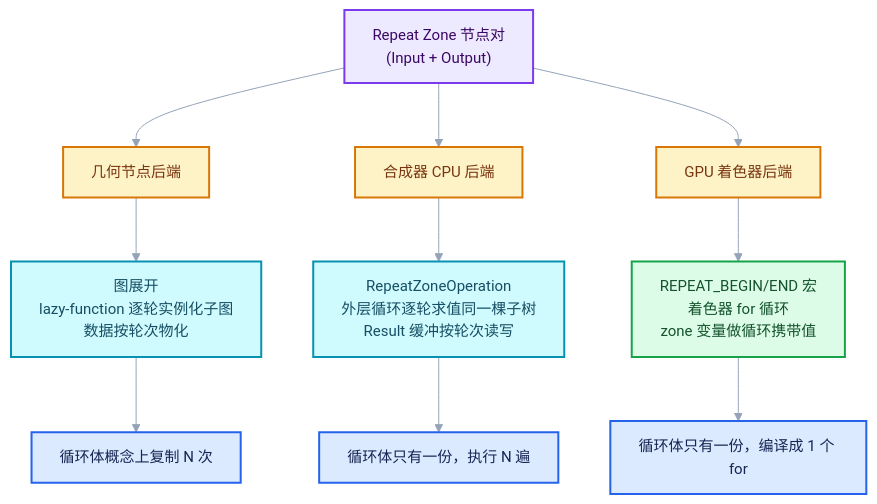
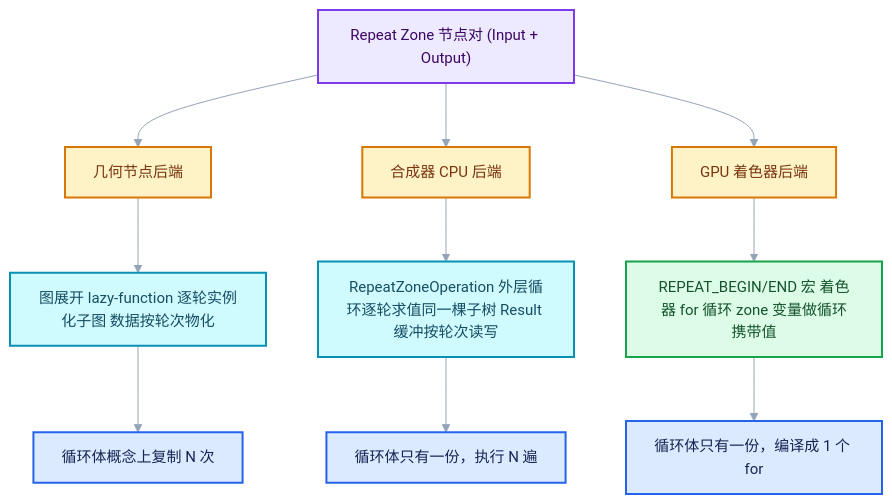
The first of 4 diagrams in 杂/markdown/重复区域-dsh/05-跨后端实现/02-GPU着色器与GPU_stack_link_zone.md (yunkezengren/blender-.vscode), drawn with Mermaid before and after one commit. The commit also changed other lines of this file and 27 other files, not shown here.

````diff
--- a/杂/markdown/重复区域-dsh/05-跨后端实现/02-GPU着色器与GPU_stack_link_zone.md
+++ b/杂/markdown/重复区域-dsh/05-跨后端实现/02-GPU着色器与GPU_stack_link_zone.md
@@ -46,24 +46,24 @@
 ```mermaid
 %%{init: {"theme":"base","themeVariables":{"fontFamily":"\"Segoe UI\",\"Microsoft YaHei\",sans-serif","fontSize":"15px","lineColor":"#94A3B8","edgeLabelBackground":"#FFFFFF","clusterBkg":"#F8FAFC","clusterBorder":"#CBD5E1"},"flowchart":{"htmlLabels":false,"curve":"basis","nodeSpacing":52,"rankSpacing":64,"padding":14,"diagramPadding":16,"useMaxWidth":true},"sequence":{"useMaxWidth":true,"wrap":true,"mirrorActors":false,"messageMargin":36}}}%%
 flowchart TD
-    TZ["Repeat Zone 节点对<br/>(Input + Output)"]:::abstraction
+    TZ["Repeat Zone 节点对 (Input + Output)"]:::abstraction
 
     TZ --> GEO["几何节点后端"]:::compute
     TZ --> COMP["合成器 CPU 后端"]:::compute
     TZ --> GPU["GPU 着色器后端"]:::compute
 
-    GEO --> G1["图展开<br/>lazy-function 逐轮实例化子图<br/>数据按轮次物化"]:::data
-    COMP --> C1["RepeatZoneOperation<br/>外层循环逐轮求值同一棵子树<br/>Result 缓冲按轮次读写"]:::data
-    GPU --> S1["REPEAT_BEGIN/END 宏<br/>着色器 for 循环<br/>zone 变量做循环携带值"]:::result
+    GEO --> G1["图展开 lazy-function 逐轮实例化子图 数据按轮次物化"]:::data
+    COMP --> C1["RepeatZoneOperation 外层循环逐轮求值同一棵子树 Result 缓冲按轮次读写"]:::data
+    GPU --> S1["REPEAT_BEGIN/END 宏 着色器 for 循环 zone 变量做循环携带值"]:::result
 
     G1 --> NOTE1["循环体概念上复制 N 次"]:::input
     C1 --> NOTE2["循环体只有一份，执行 N 遍"]:::input
     S1 --> NOTE3["循环体只有一份，编译成 1 个 for"]:::input
 
     classDef input fill:#DBEAFE,stroke:#2563EB,color:#172554,stroke-width:2px;
     classDef data fill:#CFFAFE,stroke:#0891B2,color:#164E63,stroke-width:2px;
     classDef abstraction fill:#EDE9FE,stroke:#7C3AED,color:#3B0764,stroke-width:2px;
     classDef compute fill:#FEF3C7,stroke:#D97706,color:#78350F,stroke-width:2px;
     classDef result fill:#DCFCE7,stroke:#16A34A,color:#14532D,stroke-width:2px;
     classDef error fill:#FEE2E2,stroke:#DC2626,color:#7F1D1D,stroke-width:2px;
 ```
````
